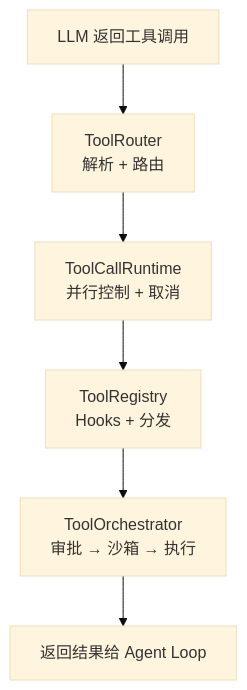
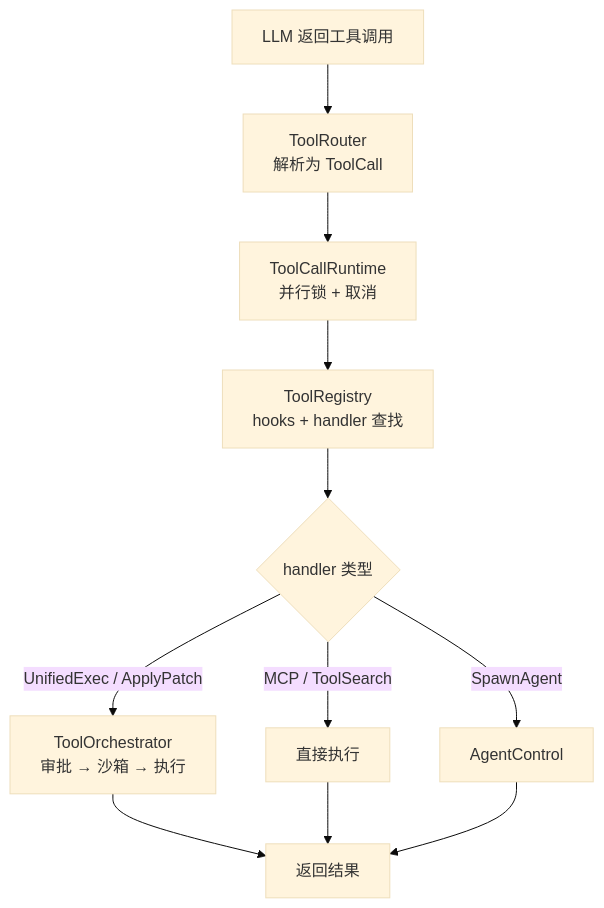
One commit to yibn2008/learn-codex changed the first of 2 diagrams in wiki/04-tool-system.md. Above: the diagram before and after it, drawn with Mermaid (base theme). The commit also changed other lines of this file, not shown here.

````diff
--- a/wiki/04-tool-system.md
+++ b/wiki/04-tool-system.md
@@ -9,8 +39,15 @@
 ```mermaid
 graph TD
-    A[LLM 返回工具调用] --> B[ToolRouter<br/>解析 + 路由]
-    B --> C[ToolCallRuntime<br/>并行控制 + 取消]
-    C --> D[ToolRegistry<br/>Hooks + 分发]
-    D --> E[ToolOrchestrator<br/>审批 → 沙箱 → 执行]
-    E --> F[返回结果给 Agent Loop]
+    A[LLM 返回工具调用] --> B[ToolRouter<br/>解析为 ToolCall]
+    B --> C[ToolCallRuntime<br/>并行锁 + 取消]
+    C --> D[ToolRegistry<br/>hooks + handler 查找]
+
+    D --> E{handler 类型}
+    E -->|UnifiedExec / ApplyPatch| F[ToolOrchestrator<br/>审批 → 沙箱 → 执行]
+    E -->|MCP / ToolSearch| G[直接执行]
+    E -->|SpawnAgent| H[AgentControl]
+
+    F --> I[返回结果]
+    G --> I
+    H --> I
 ```
````
